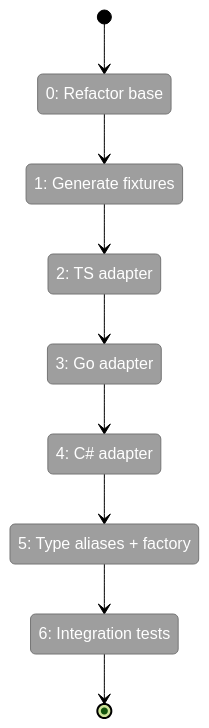
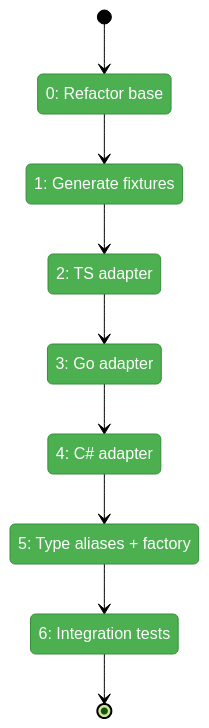
One commit to AI-Substrate/flow_squared changed the first of 2 diagrams in docs/plans/038-scip-cross-file-rels/tasks/phase-2-multi-language-adapters/tasks.fltplan.md. Above: the diagram before and after it, drawn with Mermaid (forest theme). The commit also changed other lines of this file and 16 other files, not shown here.

````diff
--- a/docs/plans/038-scip-cross-file-rels/tasks/phase-2-multi-language-adapters/tasks.fltplan.md
+++ b/docs/plans/038-scip-cross-file-rels/tasks/phase-2-multi-language-adapters/tasks.fltplan.md
@@ -42,26 +42,26 @@
 ```mermaid
 stateDiagram-v2
     classDef pending fill:#9E9E9E,stroke:#757575,color:#fff
     classDef active fill:#FFC107,stroke:#FFA000,color:#000
     classDef done fill:#4CAF50,stroke:#388E3C,color:#fff
     classDef blocked fill:#F44336,stroke:#D32F2F,color:#fff
 
     state "0: Refactor base" as S0
     state "1: Generate fixtures" as S1
     state "2: TS adapter" as S2
     state "3: Go adapter" as S3
     state "4: C# adapter" as S4
     state "5: Type aliases + factory" as S5
     state "6: Integration tests" as S6
 
     [*] --> S0
     S0 --> S1
     S1 --> S2
     S2 --> S3
     S3 --> S4
     S4 --> S5
     S5 --> S6
     S6 --> [*]
 
-    class S0,S1,S2,S3,S4,S5,S6 pending
+    class S0,S1,S2,S3,S4,S5,S6 done
 ```
````
